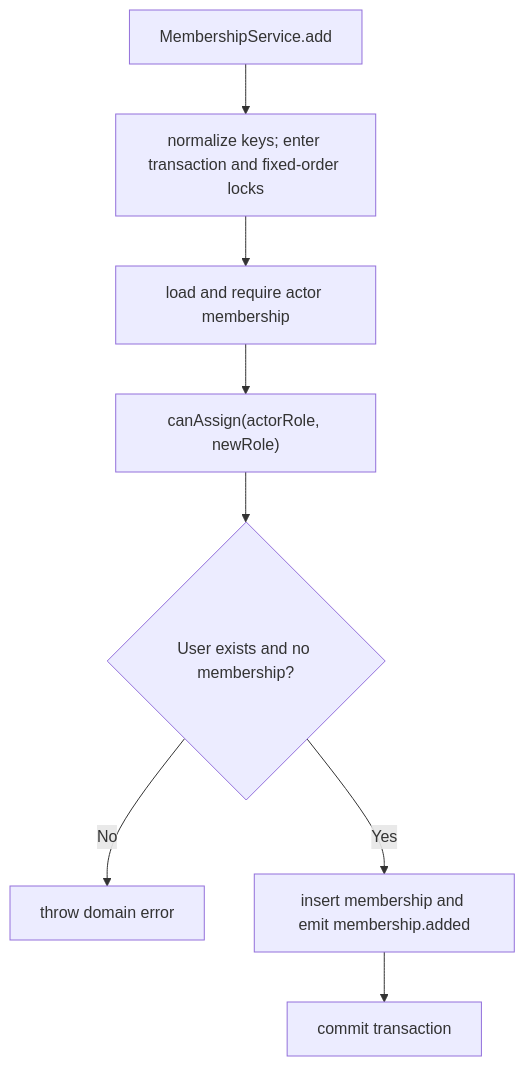
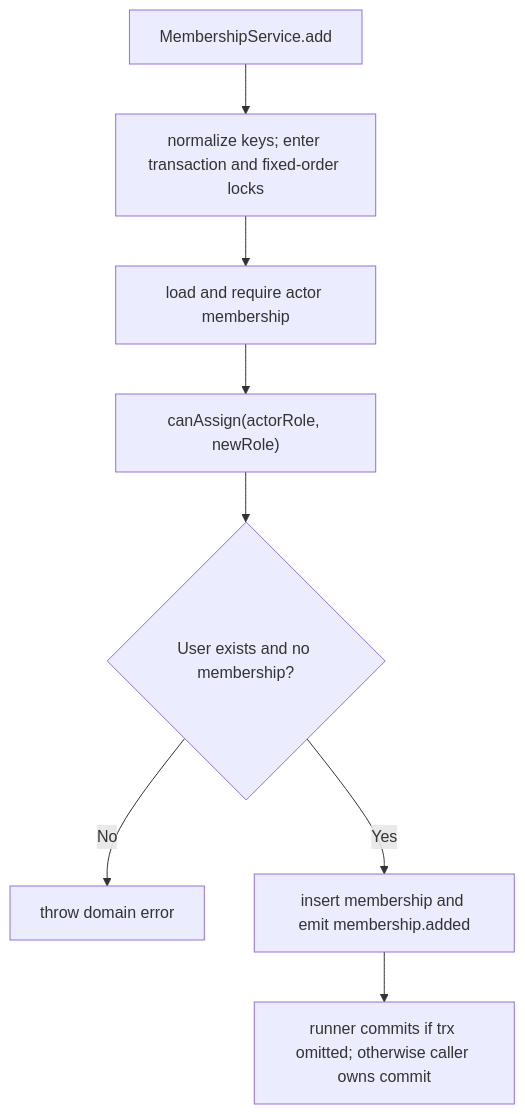
Before and after one commit to Kevinjohn/oss-adonisjs-access-control: the second of 2 diagrams in user-stories/US-ACCESS-03-add-member.md, drawn with Mermaid. The commit also changed other lines of this file and 7 other files, not shown here.

Commit message:
docs: correct catalogue behavior and recovery flows

````diff
--- a/user-stories/US-ACCESS-03-add-member.md
+++ b/user-stories/US-ACCESS-03-add-member.md
@@ -33,10 +33,10 @@
 ```mermaid
 flowchart TD
     A["MembershipService.add"] --> B["normalize keys; enter transaction and fixed-order locks"]
     B --> C["load and require actor membership"]
     C --> D["canAssign(actorRole, newRole)"]
     D --> E{"User exists and no membership?"}
     E -->|No| F["throw domain error"]
     E -->|Yes| G["insert membership and emit membership.added"]
-    G --> H["commit transaction"]
+    G --> H["runner commits if trx omitted; otherwise caller owns commit"]
 ```
````
